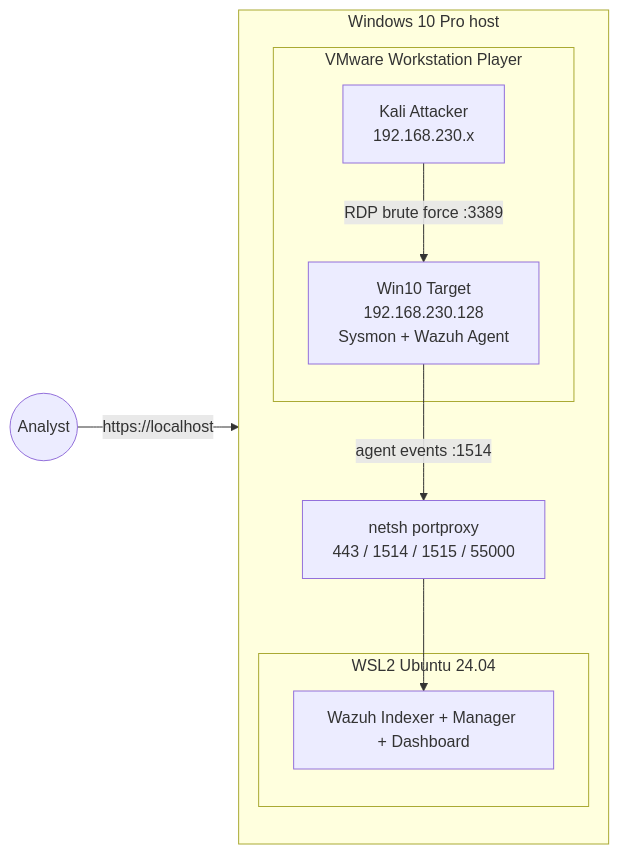
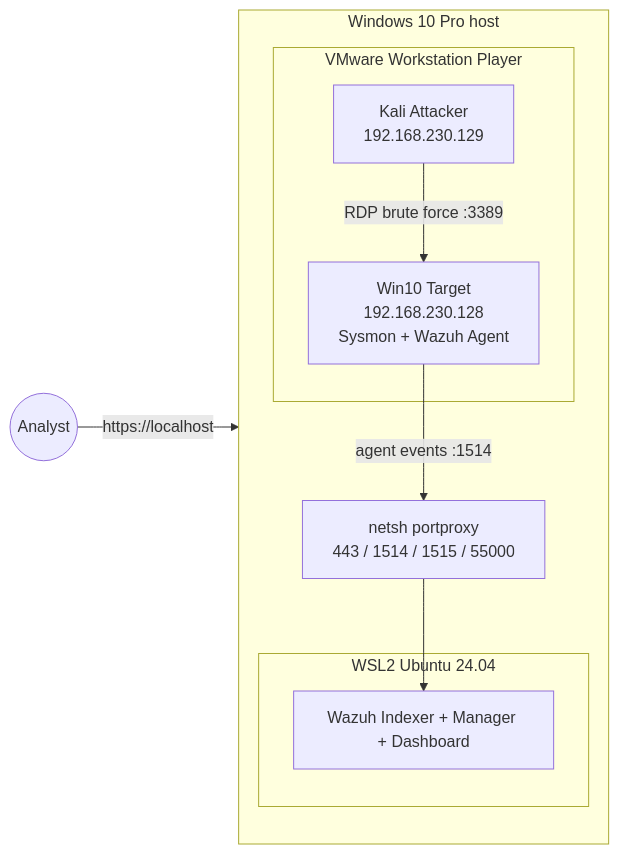
One commit to AlertCheck/soc-home-lab changed the diagram in README.md. Above: the diagram before and after it, drawn with Mermaid.

````diff
--- a/README.md
+++ b/README.md
@@ -21,19 +21,19 @@
 ```mermaid
 flowchart LR
     subgraph HOST["Windows 10 Pro host"]
         direction TB
         subgraph WSL["WSL2 Ubuntu 24.04"]
             WZ["Wazuh Indexer + Manager + Dashboard"]
         end
         PP["netsh portproxy<br/>443 / 1514 / 1515 / 55000"]
         subgraph VMW["VMware Workstation Player"]
             WIN["Win10 Target<br/>192.168.230.128<br/>Sysmon + Wazuh Agent"]
-            KALI["Kali Attacker<br/>192.168.230.x"]
+            KALI["Kali Attacker<br/>192.168.230.129"]
         end
         PP --> WZ
     end
 
     KALI -- "RDP brute force :3389" --> WIN
     WIN -- "agent events :1514" --> PP
     ANALYST(("Analyst")) -- "https://localhost" --> PP
 ```
````
